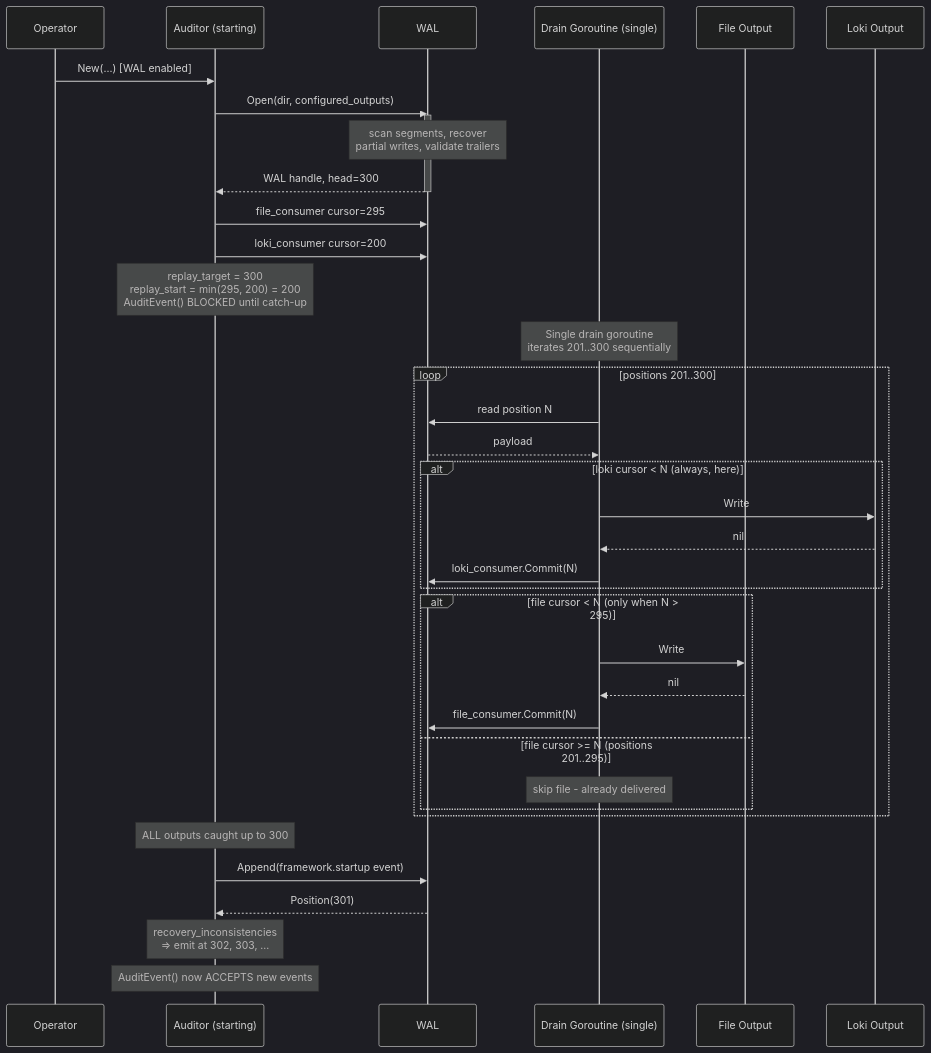
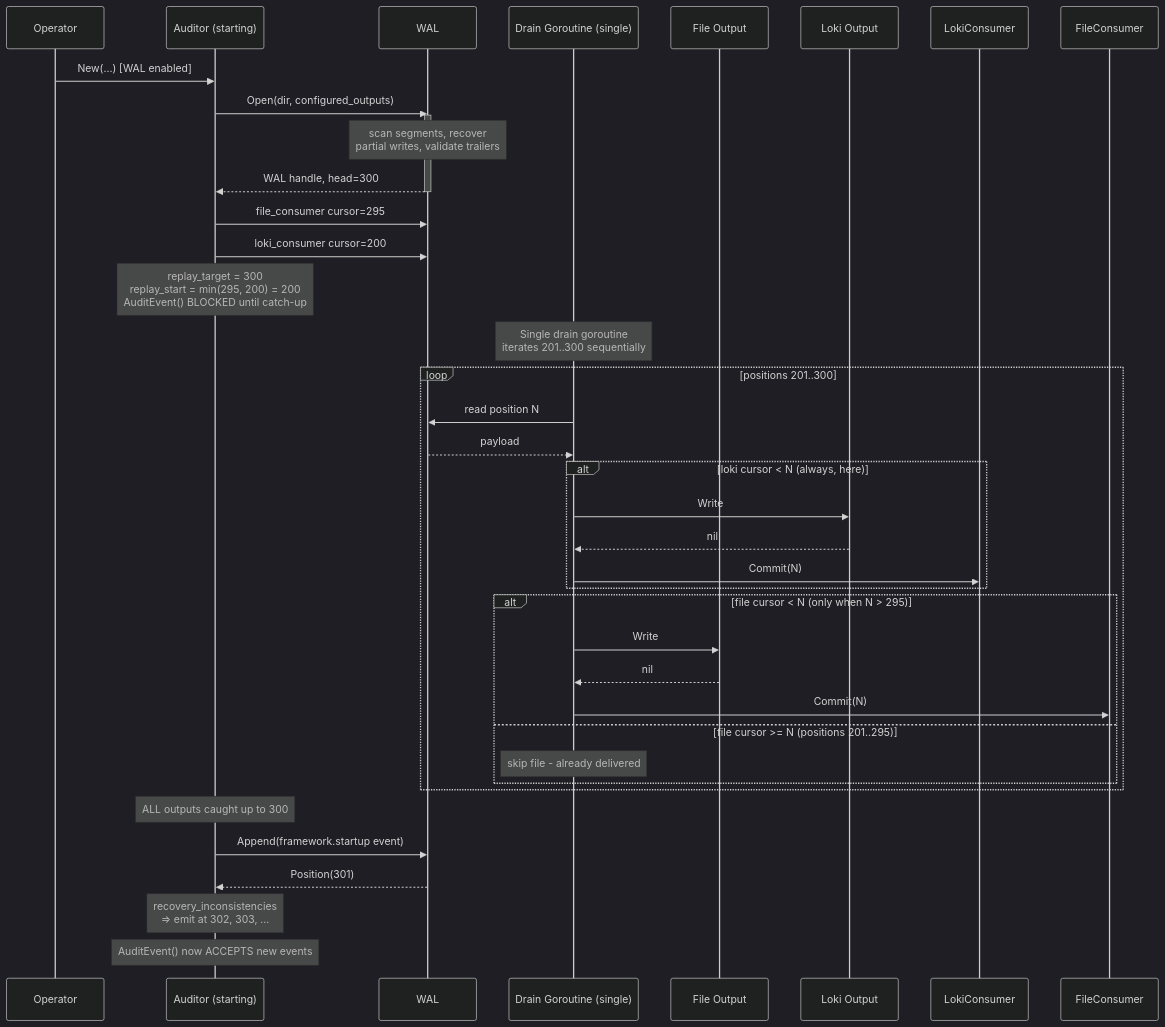
The fourth of 9 diagrams in docs/wal-design.md (axonops/audit), drawn with Mermaid (dark theme) before and after one commit. The commit also changed other lines of this file, not shown here.

First line of the commit message:
docs(wal): bottom-out design — proto determinism, instance binding, anchor commitment, key rotation, default chain-break

````diff
--- a/docs/wal-design.md
+++ b/docs/wal-design.md
@@ -713,46 +797,46 @@
 ```mermaid
 sequenceDiagram
     participant Op as Operator
     participant Auditor as Auditor (starting)
     participant WAL as WAL
     participant Drain as Drain Goroutine (single)
     participant File as File Output
     participant Loki as Loki Output
 
     Op->>Auditor: New(...) [WAL enabled]
     Auditor->>WAL: Open(dir, configured_outputs)
     activate WAL
     Note over WAL: scan segments, recover<br/>partial writes, validate trailers
     WAL-->>Auditor: WAL handle, head=300
     deactivate WAL
     Auditor->>WAL: file_consumer cursor=295
     Auditor->>WAL: loki_consumer cursor=200
 
     Note over Auditor: replay_target = 300<br/>replay_start = min(295, 200) = 200<br/>AuditEvent() BLOCKED until catch-up
 
     Note over Drain: Single drain goroutine<br/>iterates 201..300 sequentially
     loop positions 201..300
         Drain->>WAL: read position N
         WAL-->>Drain: payload
         alt loki cursor < N (always, here)
             Drain->>Loki: Write
             Loki-->>Drain: nil
-            Drain->>WAL: loki_consumer.Commit(N)
+            Drain->>LokiConsumer: Commit(N)
         end
         alt file cursor < N (only when N > 295)
             Drain->>File: Write
             File-->>Drain: nil
-            Drain->>WAL: file_consumer.Commit(N)
+            Drain->>FileConsumer: Commit(N)
         else file cursor >= N (positions 201..295)
             Note over Drain: skip file - already delivered
         end
     end
 
     Note over Auditor: ALL outputs caught up to 300
 
     Auditor->>WAL: Append(framework.startup event)
     WAL-->>Auditor: Position(301)
     Note over Auditor: recovery_inconsistencies<br/>=> emit at 302, 303, ...
 
     Note over Auditor: AuditEvent() now ACCEPTS new events
 ```
````
